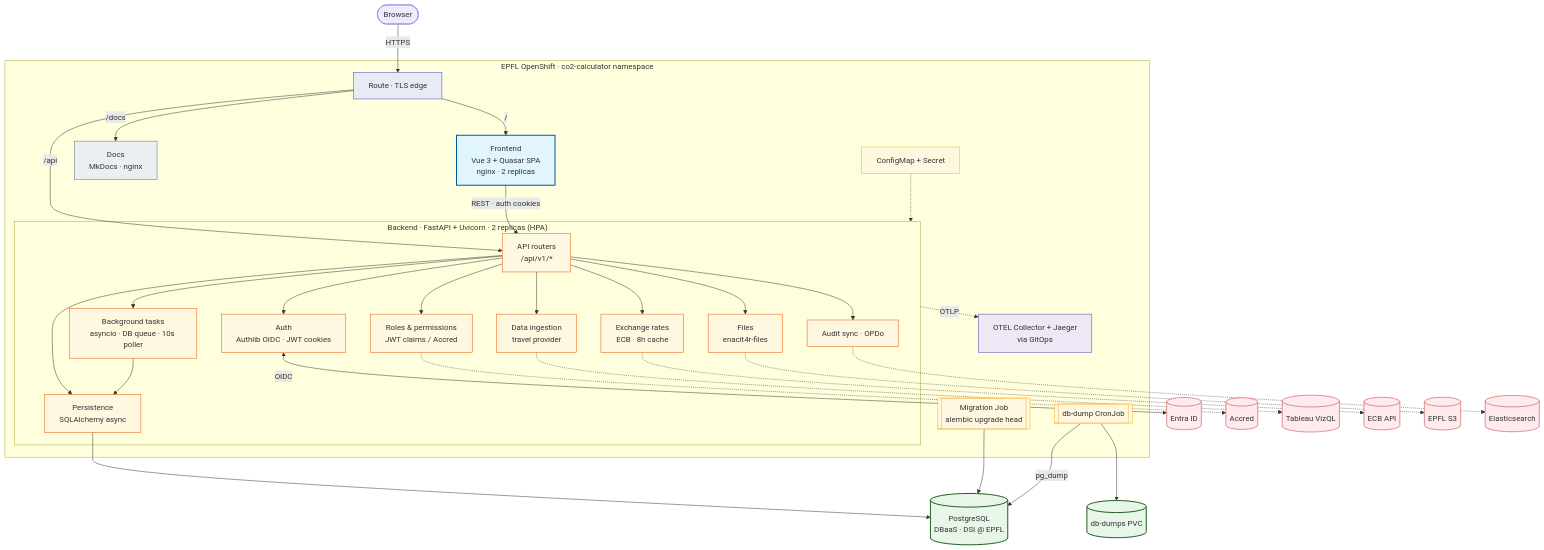
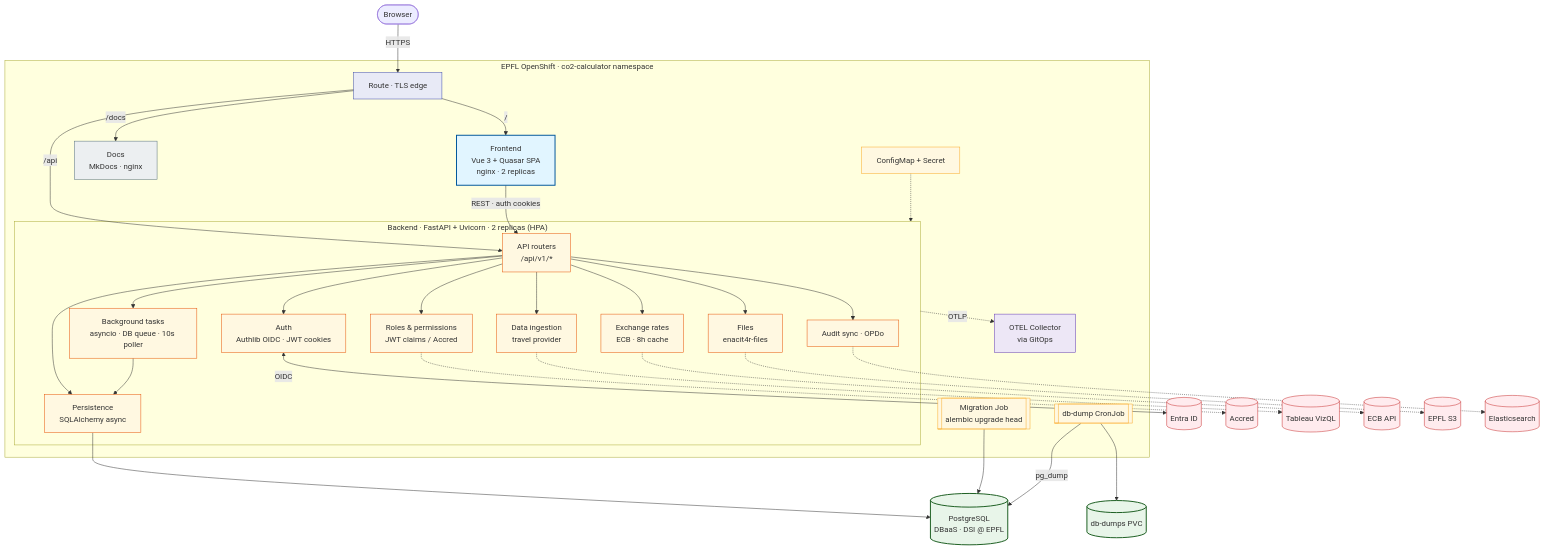
The diagram in docs/src/architecture/03-subsystem-map.md (EPFL-ENAC/co2-calculator), drawn with Mermaid before and after one commit. The commit also changed other lines of this file and 15 other files, not shown here.

````diff
--- a/docs/src/architecture/03-subsystem-map.md
+++ b/docs/src/architecture/03-subsystem-map.md
@@ -15,75 +15,75 @@
 ```mermaid
 flowchart TB
     Browser([Browser])
 
     subgraph OCP["EPFL OpenShift · co2-calculator namespace"]
         Route[Route · TLS edge]
         FE[Frontend<br/>Vue 3 + Quasar SPA<br/>nginx · 2 replicas]
         Docs[Docs<br/>MkDocs · nginx]
 
         subgraph BE["Backend · FastAPI + Uvicorn · 2 replicas (HPA)"]
             API[API routers<br/>/api/v1/*]
             Auth[Auth<br/>Authlib OIDC · JWT cookies]
             RBAC[Roles & permissions<br/>JWT claims / Accred]
             Ingest[Data ingestion<br/>travel provider]
             FX[Exchange rates<br/>ECB · 8h cache]
             Files[Files<br/>enacit4r-files]
             Audit[Audit sync · OPDo]
             Jobs[Background tasks<br/>asyncio · DB queue · 10s poller]
             ORM[Persistence<br/>SQLAlchemy async]
         end
 
         Migrate[[Migration Job<br/>alembic upgrade head]]
         DBDump[[db-dump CronJob]]
-        Otel[OTEL Collector + Jaeger<br/>via GitOps]
+        Otel[OTEL Collector<br/>via GitOps]
         Cfg[ConfigMap + Secret]
     end
 
     DB[(PostgreSQL<br/>DBaaS · DSI @ EPFL)]
     PVC[(db-dumps PVC)]
     Entra[(Entra ID)]
     Accred[(Accred)]
     Tableau[(Tableau VizQL)]
     ECB[(ECB API)]
     S3[(EPFL S3)]
     ES[(Elasticsearch)]
 
     Browser -->|HTTPS| Route
     Route -->|/| FE
     Route -->|/docs| Docs
     Route -->|/api| API
     FE -->|REST · auth cookies| API
 
     API --> Auth & RBAC & Ingest & FX & Files & Audit & Jobs
     API --> ORM
     Jobs --> ORM
     ORM --> DB
     Migrate --> DB
     DBDump -->|pg_dump| DB
     DBDump --> PVC
     BE -.->|OTLP| Otel
     Auth <-->|OIDC| Entra
     RBAC -.-> Accred
     Ingest -.-> Tableau
     FX -.-> ECB
     Files -.-> S3
     Audit -.-> ES
     Cfg -.-> BE
 
     classDef fe fill:#e1f5ff,stroke:#01579b,stroke-width:2px
     classDef be fill:#fff8e1,stroke:#e65100,stroke-width:1px
     classDef docs fill:#eceff1,stroke:#546e7a,stroke-width:1px
     classDef edge fill:#e8eaf6,stroke:#3949ab,stroke-width:1px
     classDef cfg fill:#fff8e1,stroke:#f9a825,stroke-width:1px
     classDef mon fill:#ede7f6,stroke:#5e35b1,stroke-width:1px
     classDef data fill:#e8f5e9,stroke:#1b5e20,stroke-width:2px
     classDef ext fill:#ffebee,stroke:#c62828,stroke-width:1px
     class FE fe
     class Docs docs
     class API,Auth,RBAC,Ingest,FX,Files,Audit,Jobs,ORM be
     class Route edge
     class Migrate,DBDump,Cfg cfg
     class Otel mon
     class DB,PVC data
     class Entra,Accred,Tableau,ECB,S3,ES ext
 ```
````
